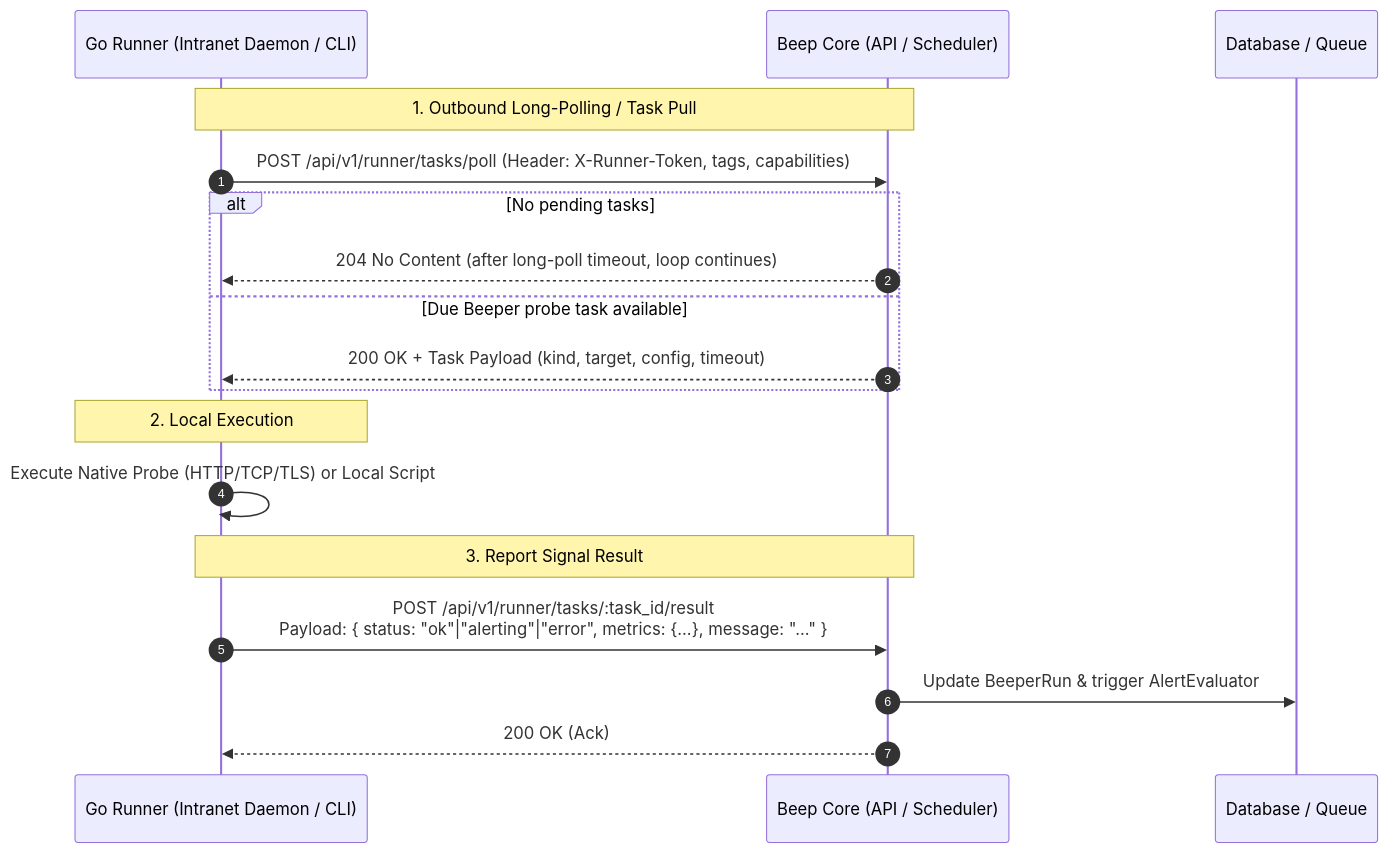
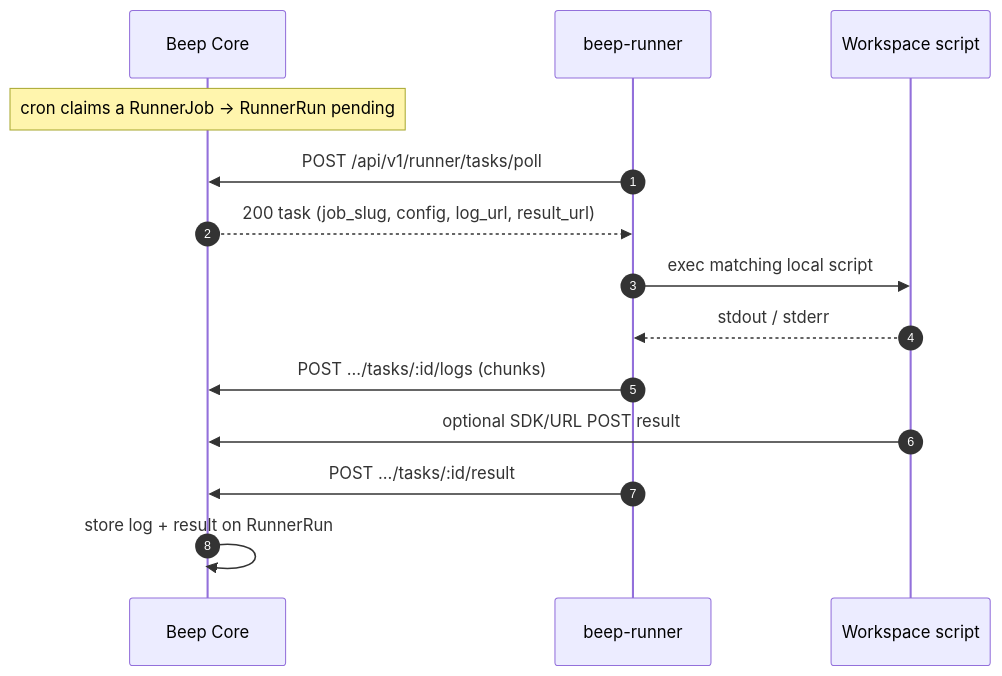
One commit to yuler/beep changed the diagram in docs/architecture/runner.md. Above: the diagram before and after it, drawn with Mermaid. The commit also changed other lines of this file and 63 other files, not shown here.

First line of the commit message:
♻️ [runner] Turn self-hosted runners into local job workspaces

````diff
--- a/docs/architecture/runner.md
+++ b/docs/architecture/runner.md
@@ -7,23 +7,17 @@
 ```mermaid
 sequenceDiagram
   autonumber
-  participant Runner as Go Runner (Intranet Daemon / CLI)
-  participant Core as Beep Core (API / Scheduler)
-  participant DB as Database / Queue
+  participant Core as Beep Core
+  participant Runner as beep-runner
+  participant Script as Workspace script
 
-  Note over Runner,Core: 1. Outbound Long-Polling / Task Pull
-  Runner->>Core: POST /api/v1/runner/tasks/poll (Header: X-Runner-Token, tags, capabilities)
-  alt No pending tasks
-    Core-->>Runner: 204 No Content (after long-poll timeout, loop continues)
-  else Due Beeper probe task available
-    Core-->>Runner: 200 OK + Task Payload (kind, target, config, timeout)
-  end
-
-  Note over Runner: 2. Local Execution
-  Runner->>Runner: Execute Native Probe (HTTP/TCP/TLS) or Local Script
-
-  Note over Runner,Core: 3. Report Signal Result
-  Runner->>Core: POST /api/v1/runner/tasks/:task_id/result<br/>Payload: { status: "ok"|"alerting"|"error", metrics: {...}, message: "..." }
-  Core->>DB: Update BeeperRun & trigger AlertEvaluator
-  Core-->>Runner: 200 OK (Ack)
+  Note over Core: cron claims a RunnerJob → RunnerRun pending
+  Runner->>Core: POST /api/v1/runner/tasks/poll
+  Core-->>Runner: 200 task (job_slug, config, log_url, result_url)
+  Runner->>Script: exec matching local script
+  Script-->>Runner: stdout / stderr
+  Runner->>Core: POST .../tasks/:id/logs (chunks)
+  Script->>Core: optional SDK/URL POST result
+  Runner->>Core: POST .../tasks/:id/result
+  Core->>Core: store log + result on RunnerRun
 ```
````
